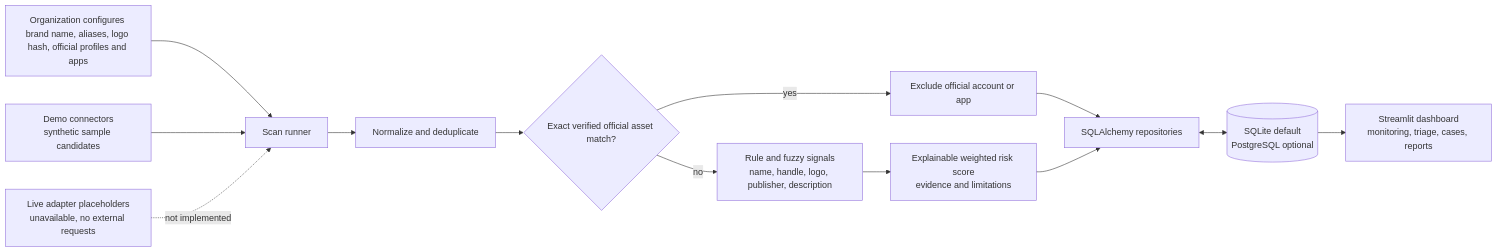
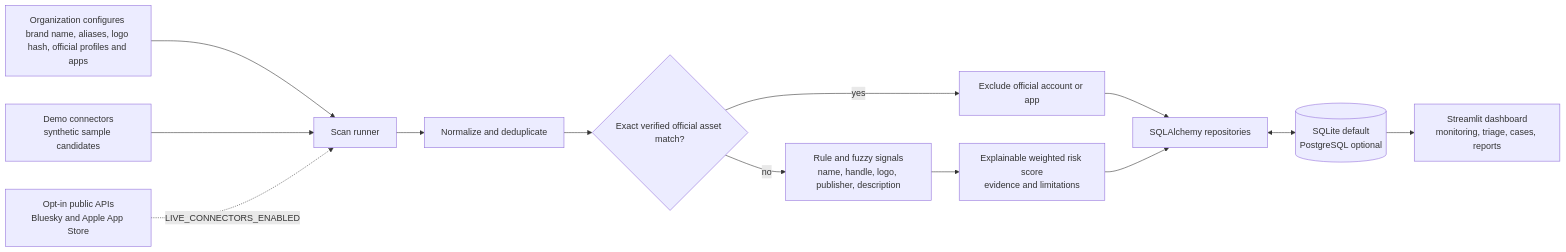
The diagram in README.md (Srivenkat-001/Digital_Risk_Protection), drawn with Mermaid before and after one commit. The commit also changed other lines of this file and 13 other files, not shown here.

First line of the commit message:
feat: add opt-in Bluesky and App Store monitoring

````diff
--- a/README.md
+++ b/README.md
@@ -25,24 +26,24 @@
 ```mermaid
 flowchart LR
   U[Organization configures brand name, aliases, logo hash, official profiles and apps]
   D[Demo connectors<br/>synthetic sample candidates]
-  L[Live adapter placeholders<br/>unavailable, no external requests]
+  L[Opt-in public APIs<br/>Bluesky and Apple App Store]
   S[Scan runner]
   N[Normalize and deduplicate]
   X{Exact verified official asset match?}
   E[Exclude official account or app]
   R[Rule and fuzzy signals<br/>name, handle, logo, publisher, description]
   Q[Explainable weighted risk score<br/>evidence and limitations]
   P[SQLAlchemy repositories]
   DB[(SQLite default<br/>PostgreSQL optional)]
   UI[Streamlit dashboard<br/>monitoring, triage, cases, reports]
 
   U --> S
   D --> S
-  L -. not implemented .-> S
+  L -. LIVE_CONNECTORS_ENABLED .-> S
   S --> N --> X
   X -->|yes| E --> P
   X -->|no| R --> Q --> P
   P <--> DB
   DB --> UI
 ```
````
